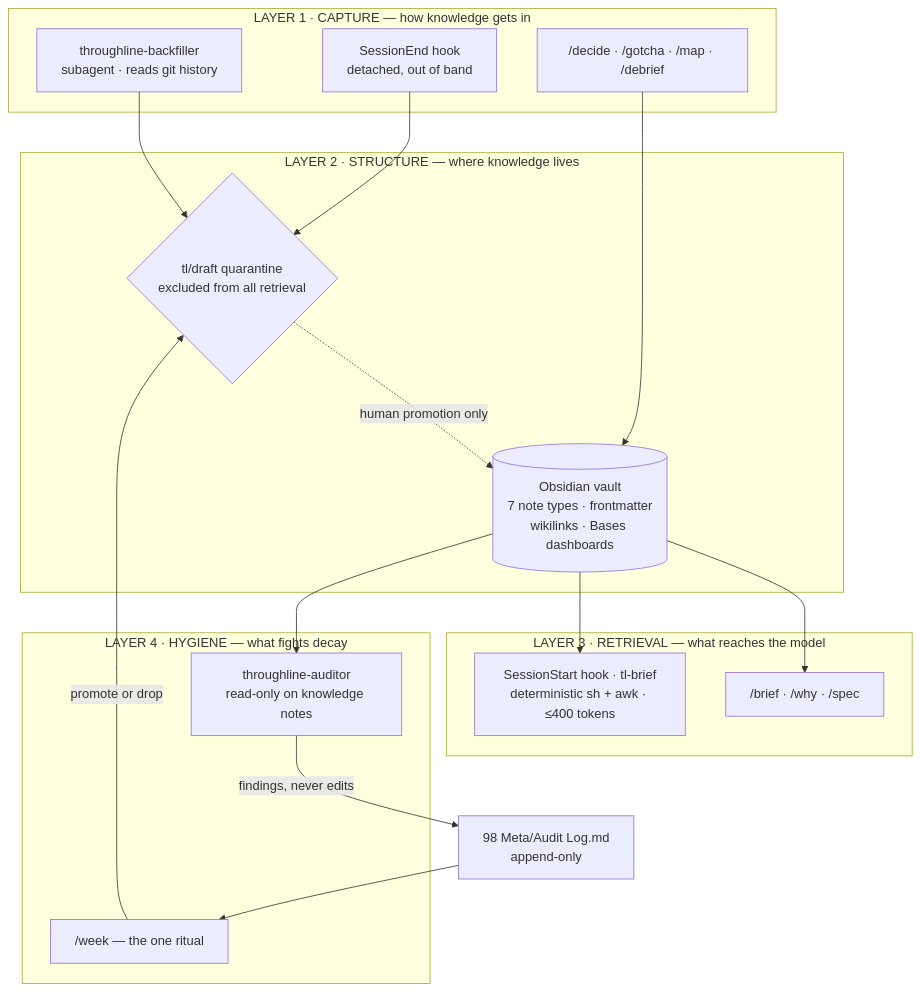
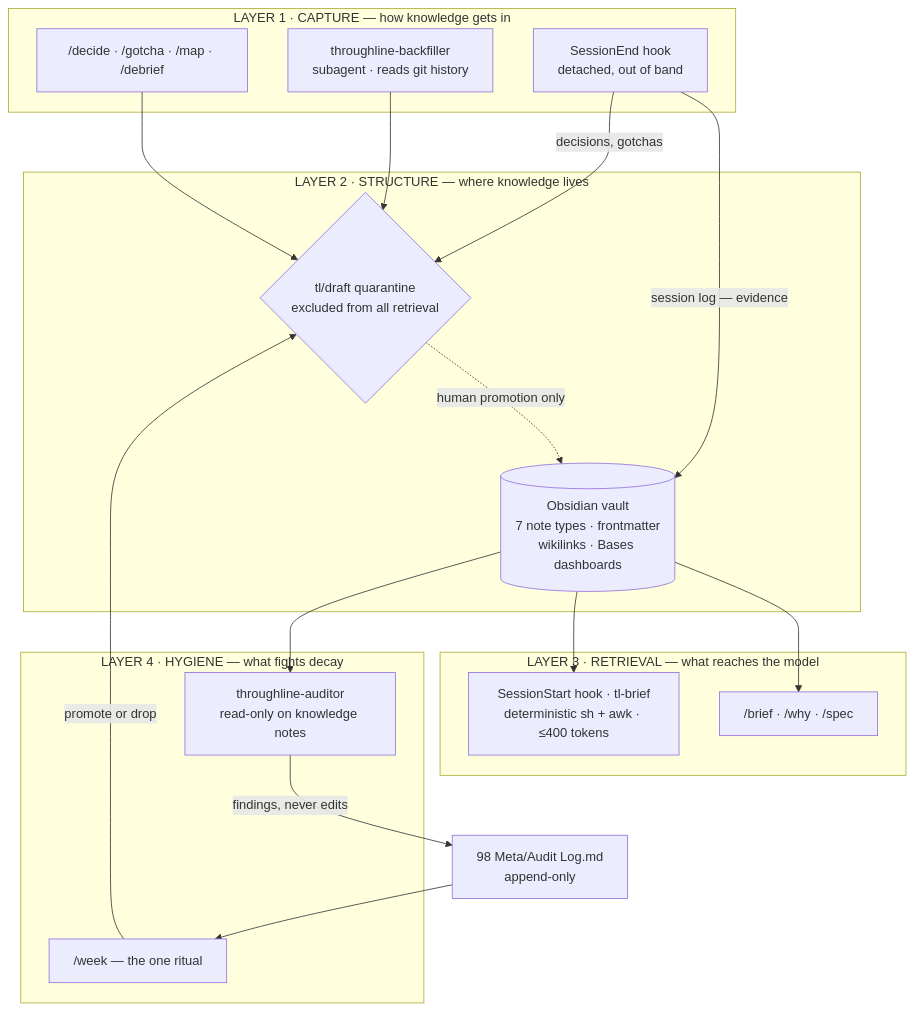
One commit to bazdaramir/Throughline changed the first of 2 diagrams in README.md. Above: the diagram before and after it, drawn with Mermaid. The commit also changed other lines of this file and 29 other files, not shown here.

````diff
--- a/README.md
+++ b/README.md
@@ -74,34 +74,35 @@
 ```mermaid
 flowchart TD
     subgraph CAPTURE["LAYER 1 · CAPTURE — how knowledge gets in"]
         SE["SessionEnd hook<br/>detached, out of band"]
         SK["/decide · /gotcha · /map · /debrief"]
         BF["throughline-backfiller<br/>subagent · reads git history"]
     end
 
     subgraph STRUCTURE["LAYER 2 · STRUCTURE — where knowledge lives"]
         Q{"tl/draft quarantine<br/>excluded from all retrieval"}
         V[("Obsidian vault<br/>7 note types · frontmatter<br/>wikilinks · Bases dashboards")]
     end
 
     subgraph RETRIEVAL["LAYER 3 · RETRIEVAL — what reaches the model"]
         TB["SessionStart hook · tl-brief<br/>deterministic sh + awk · ≤400 tokens"]
         BR["/brief · /why · /spec"]
     end
 
     subgraph HYGIENE["LAYER 4 · HYGIENE — what fights decay"]
         AU["throughline-auditor<br/>read-only on knowledge notes"]
         WK["/week — the one ritual"]
     end
 
-    SE --> Q
+    SE -->|"decisions, gotchas"| Q
+    SE -->|"session log — evidence"| V
     BF --> Q
-    SK --> V
+    SK --> Q
     Q -.->|"human promotion only"| V
     V --> TB
     V --> BR
     V --> AU
     AU -->|"findings, never edits"| LOG["98 Meta/Audit Log.md<br/>append-only"]
     LOG --> WK
     WK -->|"promote or drop"| Q
 ```
````
